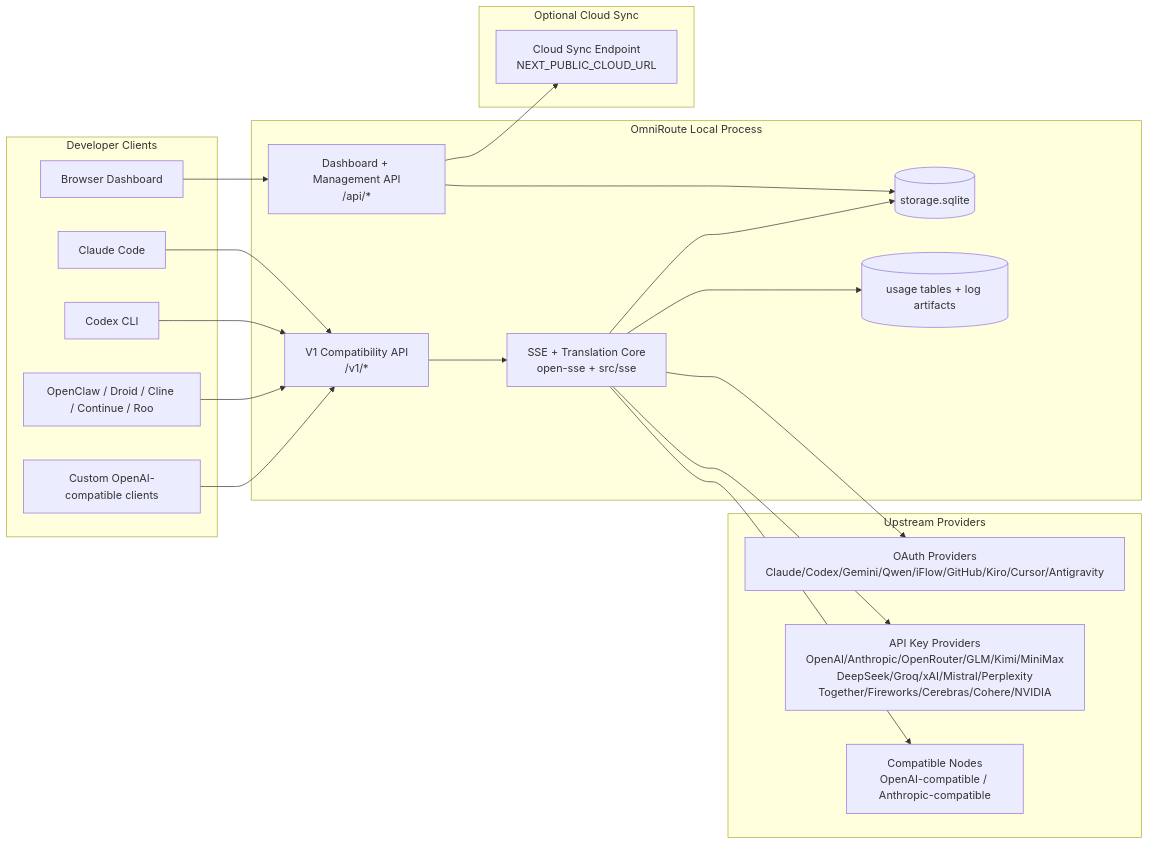
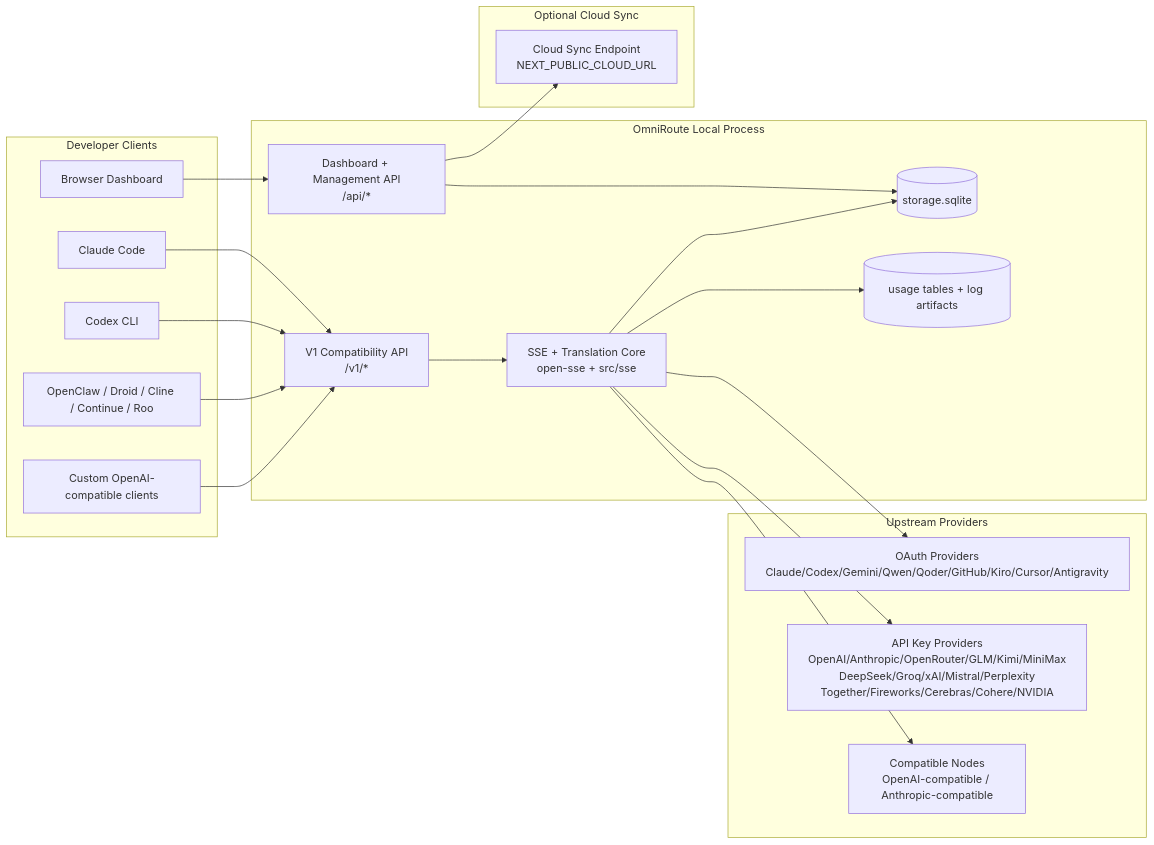
The first of 7 diagrams in apps/omniroute/docs/i18n/cs/ARCHITECTURE.md (innotelinc/jesus), drawn with Mermaid before and after one commit. The commit also changed other lines of this file and 267 other files, not shown here.

Commit message:
feat: migrate iFlow provider to Qoder AI (#660)

````diff
--- a/apps/omniroute/docs/i18n/cs/ARCHITECTURE.md
+++ b/apps/omniroute/docs/i18n/cs/ARCHITECTURE.md
@@ -69,45 +69,45 @@
 ```mermaid
 flowchart LR
     subgraph Clients[Developer Clients]
         C1[Claude Code]
         C2[Codex CLI]
         C3[OpenClaw / Droid / Cline / Continue / Roo]
         C4[Custom OpenAI-compatible clients]
         BROWSER[Browser Dashboard]
     end
 
     subgraph Router[OmniRoute Local Process]
         API[V1 Compatibility API\n/v1/*]
         DASH[Dashboard + Management API\n/api/*]
         CORE[SSE + Translation Core\nopen-sse + src/sse]
         DB[(storage.sqlite)]
         UDB[(usage tables + log artifacts)]
     end
 
     subgraph Upstreams[Upstream Providers]
-        P1[OAuth Providers\nClaude/Codex/Gemini/Qwen/iFlow/GitHub/Kiro/Cursor/Antigravity]
+        P1[OAuth Providers\nClaude/Codex/Gemini/Qwen/Qoder/GitHub/Kiro/Cursor/Antigravity]
         P2[API Key Providers\nOpenAI/Anthropic/OpenRouter/GLM/Kimi/MiniMax\nDeepSeek/Groq/xAI/Mistral/Perplexity\nTogether/Fireworks/Cerebras/Cohere/NVIDIA]
         P3[Compatible Nodes\nOpenAI-compatible / Anthropic-compatible]
     end
 
     subgraph Cloud[Optional Cloud Sync]
         CLOUD[Cloud Sync Endpoint\nNEXT_PUBLIC_CLOUD_URL]
     end
 
     C1 --> API
     C2 --> API
     C3 --> API
     C4 --> API
     BROWSER --> DASH
 
     API --> CORE
     DASH --> DB
     CORE --> DB
     CORE --> UDB
 
     CORE --> P1
     CORE --> P2
     CORE --> P3
 
     DASH --> CLOUD
 ```
````
